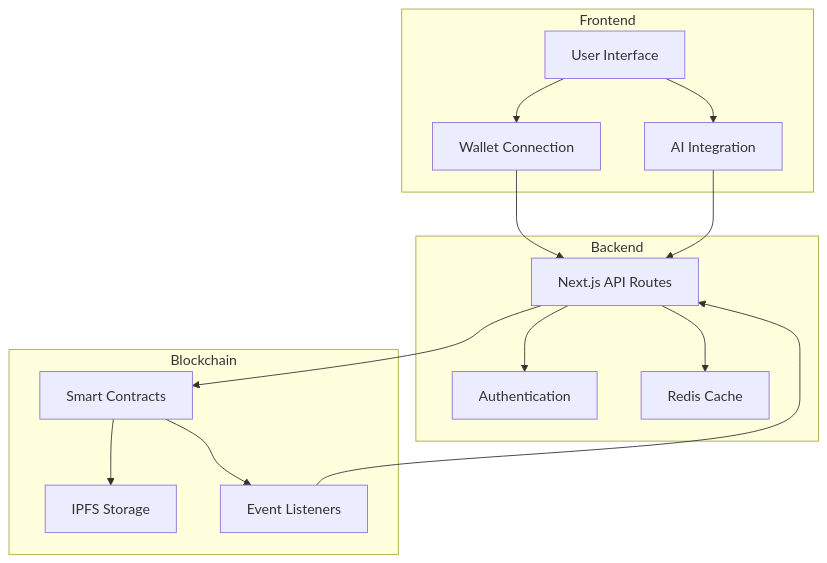
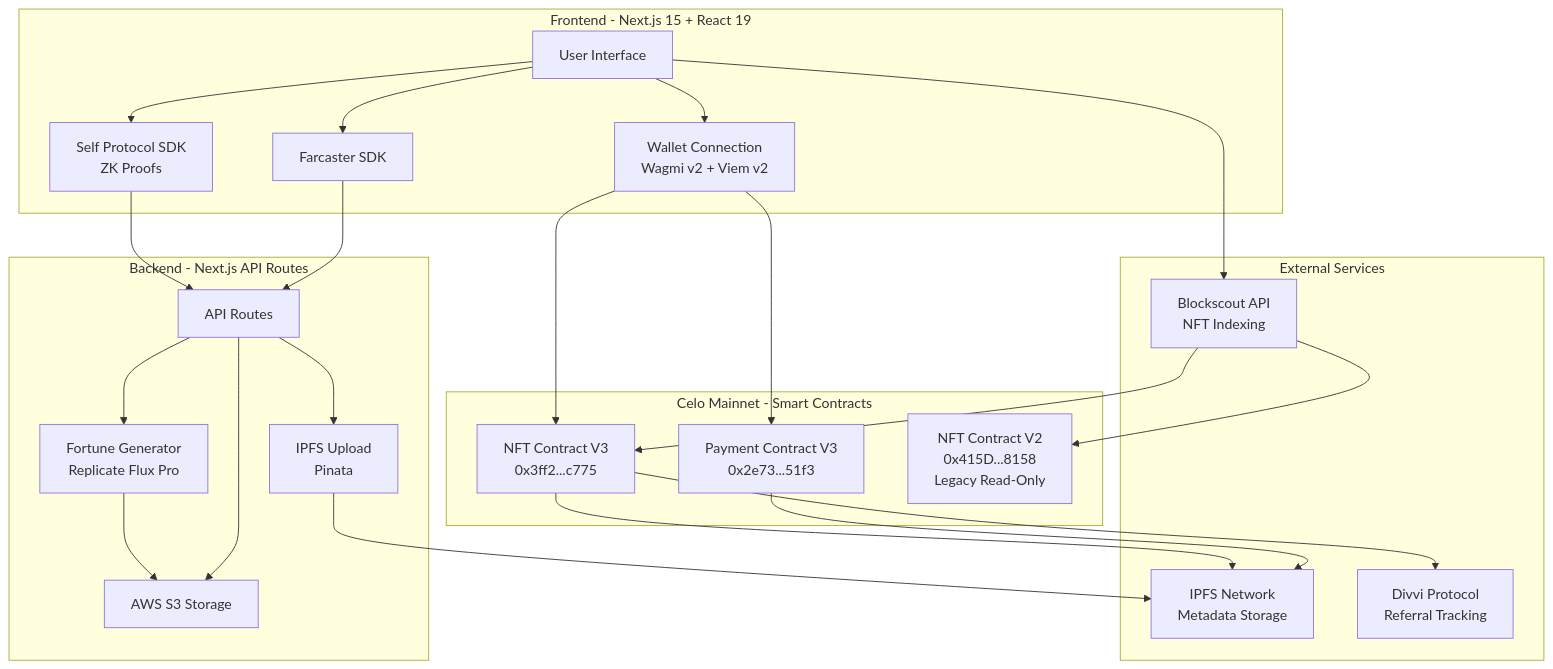
Before and after one commit to JulioMCruz/ZodiacCards: the first of 2 diagrams in README.md, drawn with Mermaid. The commit also changed other lines of this file and 20 other files, not shown here.

First line of the commit message:
Update app with V3 architecture

````diff
--- a/README.md
+++ b/README.md
@@ -82,31 +137,51 @@
 ```mermaid
 graph TB
-    subgraph Frontend
+    subgraph Frontend["Frontend - Next.js 15 + React 19"]
         UI[User Interface]
-        WC[Wallet Connection]
-        AI[AI Integration]
+        FC[Farcaster SDK]
+        WC[Wallet Connection<br/>Wagmi v2 + Viem v2]
+        SELF[Self Protocol SDK<br/>ZK Proofs]
     end
 
-    subgraph Backend
-        API[Next.js API Routes]
-        Auth[Authentication]
-        Cache[Redis Cache]
+    subgraph Backend["Backend - Next.js API Routes"]
+        API[API Routes]
+        Fortune[Fortune Generator<br/>Replicate Flux Pro]
+        IPFS_API[IPFS Upload<br/>Pinata]
+        S3[AWS S3 Storage]
     end
 
-    subgraph Blockchain
-        SC[Smart Contracts]
-        IPFS[IPFS Storage]
-        Events[Event Listeners]
+    subgraph Blockchain["Celo Mainnet - Smart Contracts"]
+        PaymentV3[Payment Contract V3<br/>0x2e73...51f3]
+        NFTV3[NFT Contract V3<br/>0x3ff2...c775]
+        NFTV2[NFT Contract V2<br/>0x415D...8158<br/>Legacy Read-Only]
     end
 
+    subgraph External["External Services"]
+        IPFS[IPFS Network<br/>Metadata Storage]
+        Divvi[Divvi Protocol<br/>Referral Tracking]
+        Blockscout[Blockscout API<br/>NFT Indexing]
+    end
+
+    UI --> FC
     UI --> WC
-    UI --> AI
-    WC --> API
-    AI --> API
-    API --> Auth
-    API --> Cache
-    API --> SC
-    SC --> IPFS
-    SC --> Events
-    Events --> API
+    UI --> SELF
+    FC --> API
+    WC --> PaymentV3
+    WC --> NFTV3
+    SELF --> API
+
+    API --> Fortune
+    API --> IPFS_API
+    API --> S3
+
+    Fortune --> S3
+    IPFS_API --> IPFS
+
+    PaymentV3 --> IPFS
+    NFTV3 --> IPFS
+    NFTV3 --> Divvi
+
+    UI --> Blockscout
+    Blockscout --> NFTV3
+    Blockscout --> NFTV2
 ```
````
